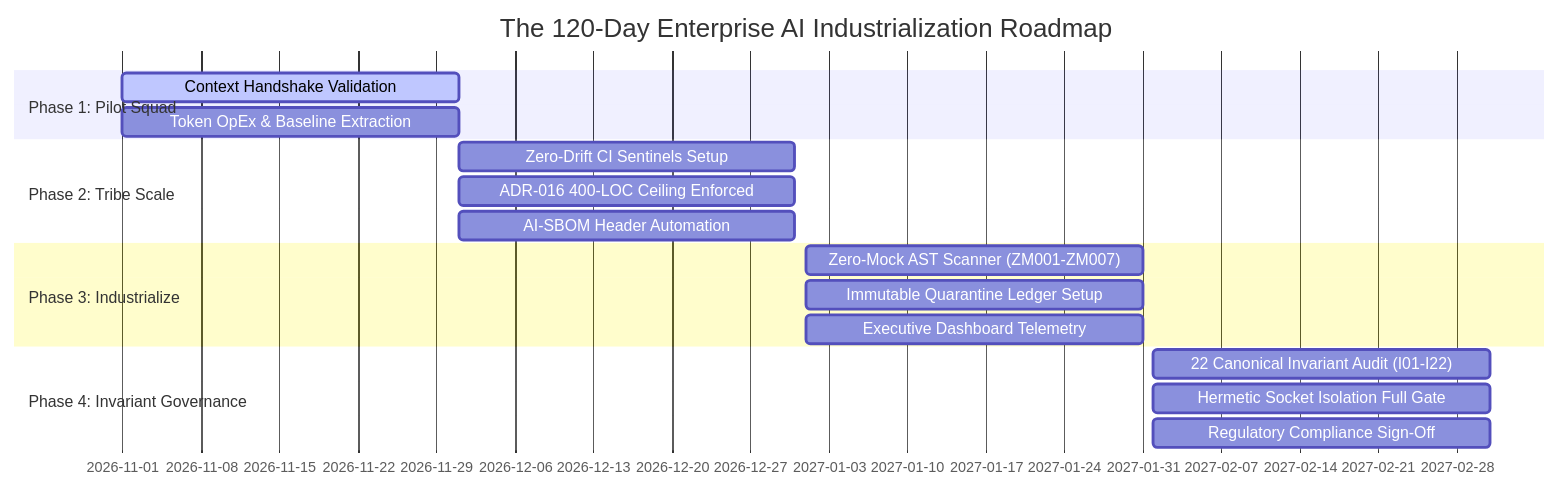
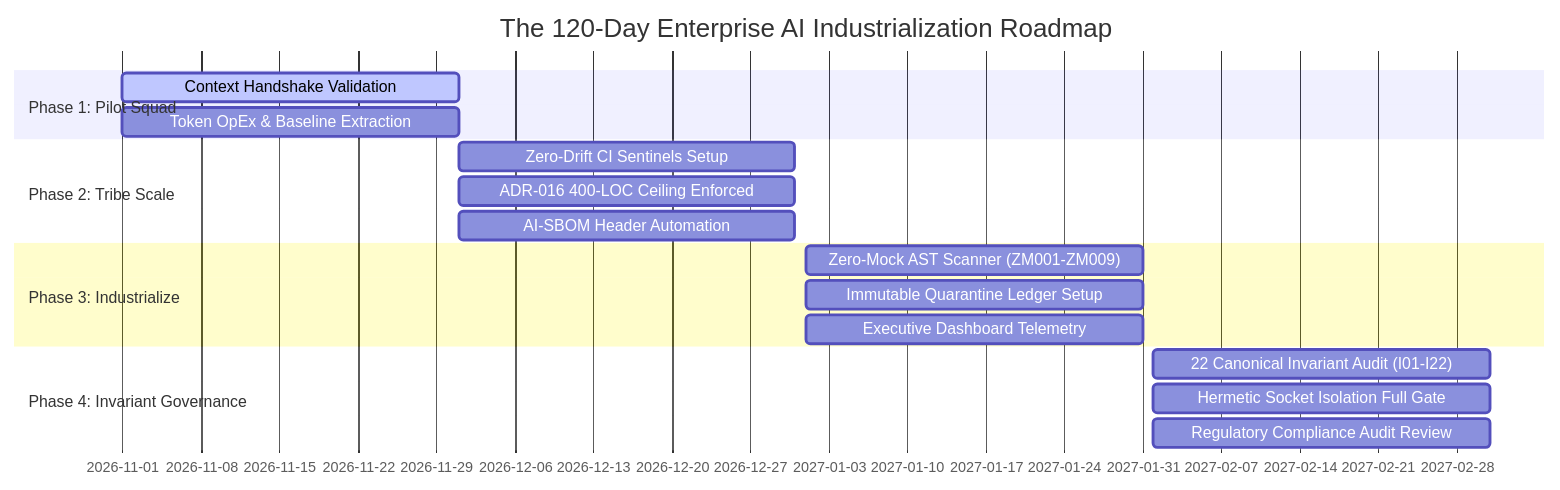
Before and after one commit to bdchang403/AI_Software_Foundations: the diagram in 00_EXECUTIVE_ALIGNMENT_STRATEGY.md, drawn with Mermaid. The commit also changed other lines of this file and 64 other files, not shown here.

Commit message:
feat(adversarial-audit): comprehensive regulatory, mathematical, and industry practice overhaul across all modules

````diff
--- a/00_EXECUTIVE_ALIGNMENT_STRATEGY.md
+++ b/00_EXECUTIVE_ALIGNMENT_STRATEGY.md
@@ -121,20 +121,20 @@
 ```mermaid
 gantt
     title The 120-Day Enterprise AI Industrialization Roadmap
     dateFormat  YYYY-MM-DD
     section Phase 1: Pilot Squad
     Context Handshake Validation       :active, p1_1, 2026-11-01, 30d
     Token OpEx & Baseline Extraction   :p1_2, 2026-11-01, 30d
     section Phase 2: Tribe Scale
     Zero-Drift CI Sentinels Setup      :p2_1, 2026-12-01, 30d
     ADR-016 400-LOC Ceiling Enforced   :p2_2, 2026-12-01, 30d
     AI-SBOM Header Automation          :p2_3, 2026-12-01, 30d
     section Phase 3: Industrialize
-    Zero-Mock AST Scanner (ZM001-ZM007):p3_1, 2027-01-01, 30d
+    Zero-Mock AST Scanner (ZM001-ZM009):p3_1, 2027-01-01, 30d
     Immutable Quarantine Ledger Setup  :p3_2, 2027-01-01, 30d
     Executive Dashboard Telemetry      :p3_3, 2027-01-01, 30d
     section Phase 4: Invariant Governance
     22 Canonical Invariant Audit (I01-I22):p4_1, 2027-02-01, 30d
     Hermetic Socket Isolation Full Gate:p4_2, 2027-02-01, 30d
-    Regulatory Compliance Sign-Off     :p4_3, 2027-02-01, 30d
+    Regulatory Compliance Audit Review :p4_3, 2027-02-01, 30d
 ```
````
